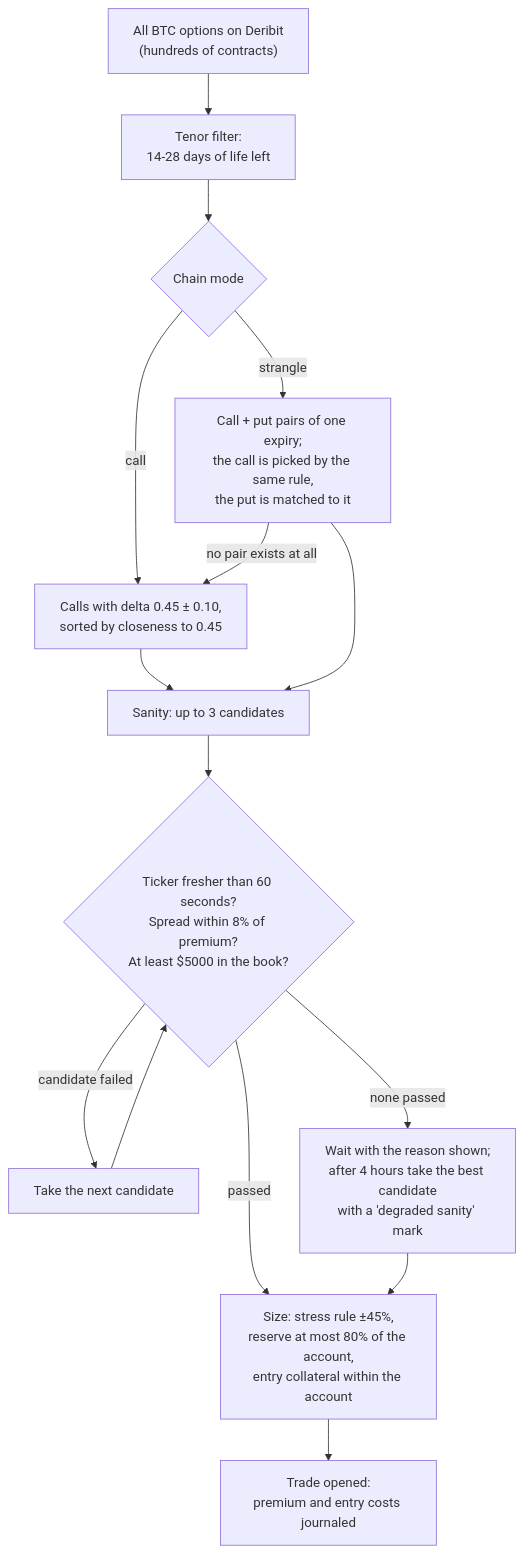
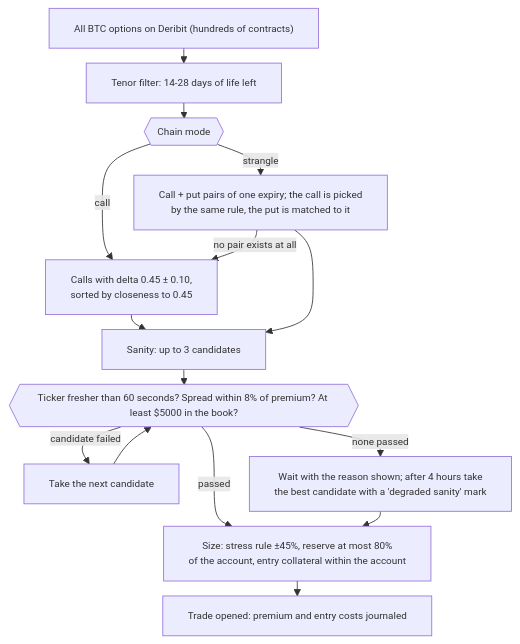
One commit to hamiltonalex/botLab changed the third of 6 diagrams in botLab-desktop/docs/bot2-btc-options-how-it-works.en.md. Above: the diagram before and after it, drawn with Mermaid. The commit also changed other lines of this file and 1 other file, not shown here.

Commit message:
docs(btc-options): диаграммы цикла и воронки вписаны в вертикальный А4 - плоские решения и компактный init (ru/en)

````diff
--- a/botLab-desktop/docs/bot2-btc-options-how-it-works.en.md
+++ b/botLab-desktop/docs/bot2-btc-options-how-it-works.en.md
@@ -119,17 +120,18 @@
 ```mermaid
+%%{init: {"themeVariables": {"fontSize": "12px"}, "flowchart": {"nodeSpacing": 26, "rankSpacing": 18, "diagramPadding": 4, "wrappingWidth": 380}}}%%
 flowchart TD
-    A["All BTC options on Deribit<br/>(hundreds of contracts)"] --> B["Tenor filter:<br/>14-28 days of life left"]
-    B --> C{"Chain mode"}
+    A["All BTC options on Deribit (hundreds of contracts)"] --> B["Tenor filter: 14-28 days of life left"]
+    B --> C{{"Chain mode"}}
     C -- "call" --> D["Calls with delta 0.45 ± 0.10,<br/>sorted by closeness to 0.45"]
-    C -- "strangle" --> E["Call + put pairs of one expiry;<br/>the call is picked by the same rule,<br/>the put is matched to it"]
+    C -- "strangle" --> E["Call + put pairs of one expiry; the call is picked<br/>by the same rule, the put is matched to it"]
     E -- "no pair exists at all" --> D
     D --> F["Sanity: up to 3 candidates"]
     E --> F
-    F --> G{"Ticker fresher than 60 seconds?<br/>Spread within 8% of premium?<br/>At least $5000 in the book?"}
+    F --> G{{"Ticker fresher than 60 seconds? Spread within 8% of premium? At least $5000 in the book?"}}
     G -- "candidate failed" --> H["Take the next candidate"]
     H --> G
-    G -- "none passed" --> I["Wait with the reason shown;<br/>after 4 hours take the best candidate<br/>with a 'degraded sanity' mark"]
-    G -- "passed" --> J["Size: stress rule ±45%,<br/>reserve at most 80% of the account,<br/>entry collateral within the account"]
+    G -- "none passed" --> I["Wait with the reason shown; after 4 hours take<br/>the best candidate with a 'degraded sanity' mark"]
+    G -- "passed" --> J["Size: stress rule ±45%, reserve at most 80%<br/>of the account, entry collateral within the account"]
     I --> J
-    J --> K["Trade opened:<br/>premium and entry costs journaled"]
+    J --> K["Trade opened: premium and entry costs journaled"]
 ```
````
